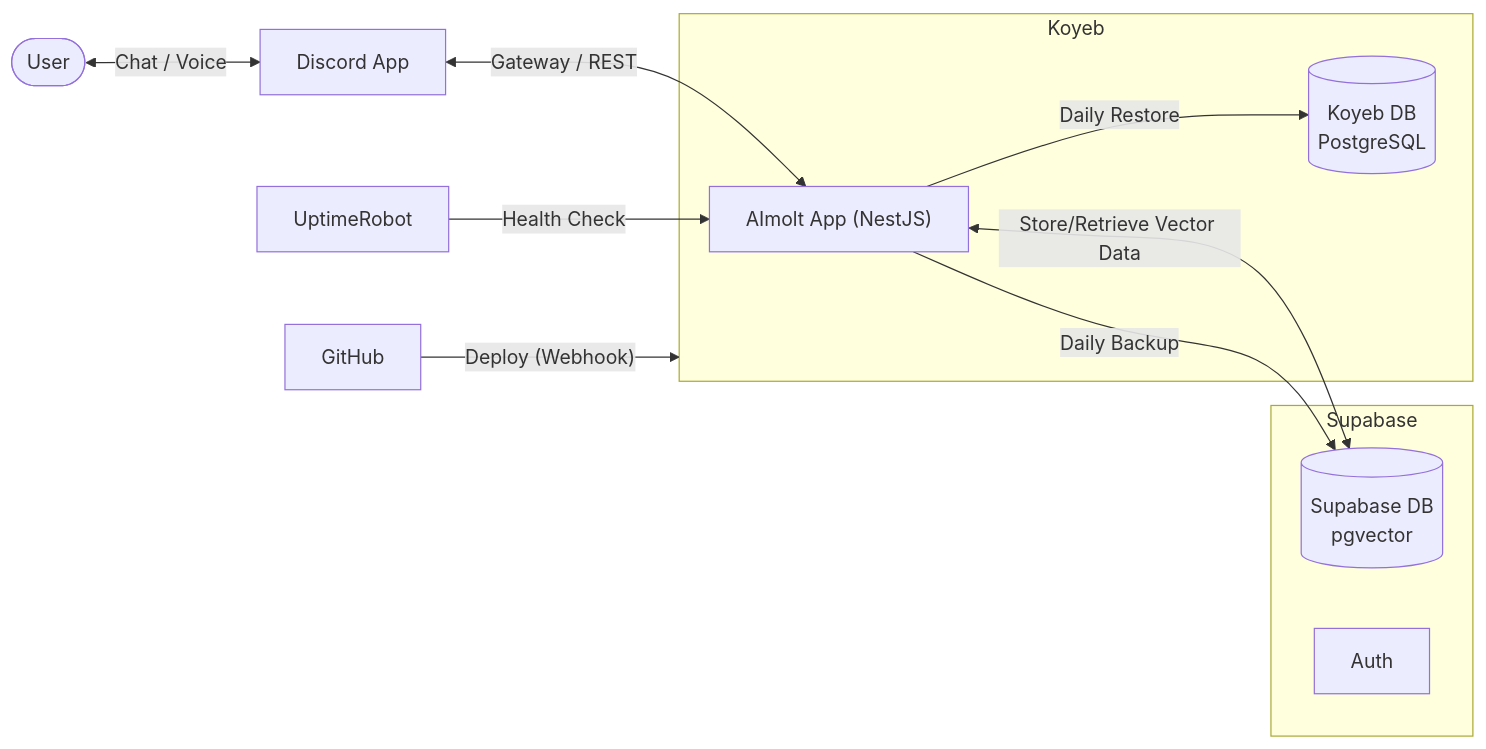
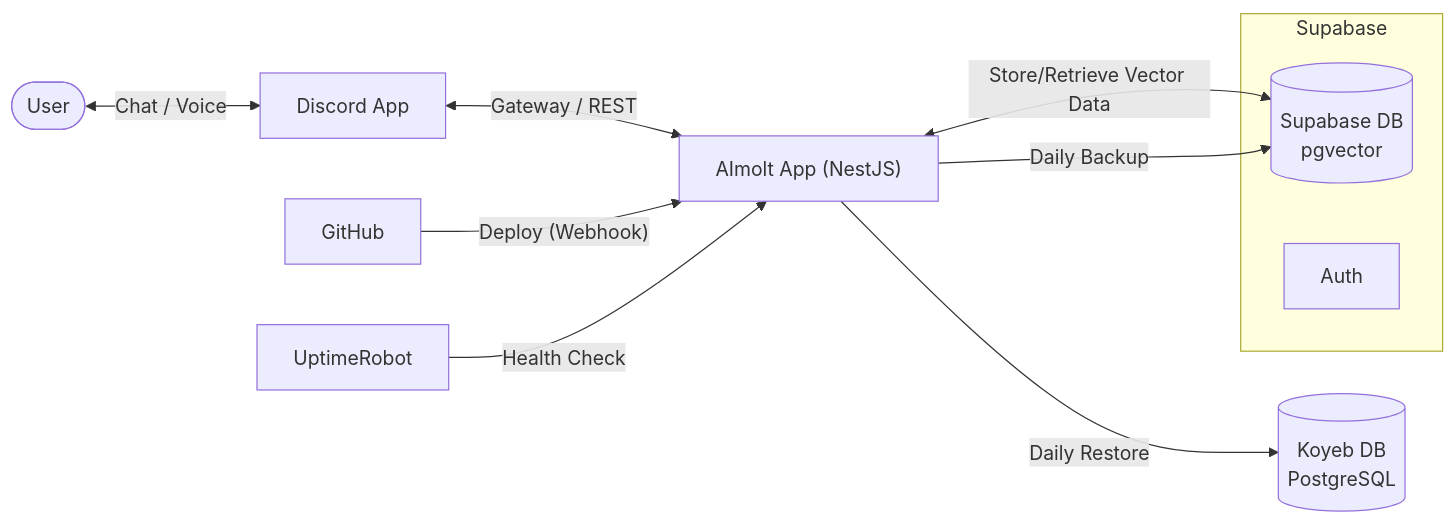
The first of 2 diagrams in README.md (litoma/aimolt), drawn with Mermaid before and after one commit. The commit also changed other lines of this file, not shown here.

Commit message:
docs: further refine README architecture and ER diagrams

````diff
--- a/README.md
+++ b/README.md
@@ -86,27 +78,25 @@
 ```mermaid
 graph LR
     User([User])
     Discord[Discord App]
     GitHub[GitHub]
     UptimeRobot[UptimeRobot]
     
     subgraph Supabase
         SupabaseDB[("Supabase DB<br>pgvector")]
         SupabaseAuth[Auth]
     end
 
-    subgraph Koyeb
-        App["AImolt App (NestJS)"]
-        KoyebDB[("Koyeb DB<br>PostgreSQL")]
-    end
+    App["AImolt App (NestJS)"]
+    KoyebDB[("Koyeb DB<br>PostgreSQL")]
 
     User <-->|"Chat / Voice"| Discord
     Discord <-->|"Gateway / REST"| App
     
     App <-->|"Store/Retrieve Vector Data"| SupabaseDB
     App -->|"Daily Backup"| SupabaseDB
     App -->|"Daily Restore"| KoyebDB
     
-    GitHub -->|"Deploy (Webhook)"| Koyeb
+    GitHub -->|"Deploy (Webhook)"| App
     UptimeRobot -->|"Health Check"| App
 ```
````
